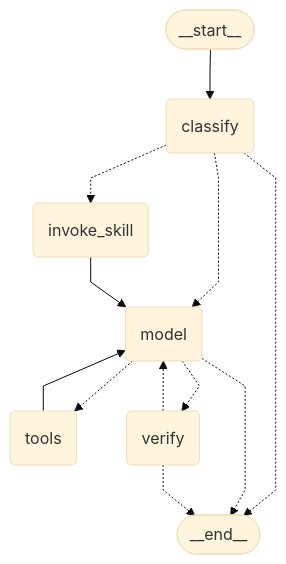
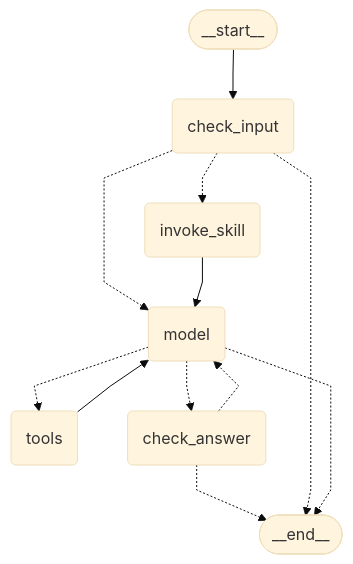
The diagram in docs/diagrams/agent-graph.md (hadifar/rag), drawn with Mermaid (base theme) before and after one commit. The commit also changed other lines of this file and 32 other files, not shown here.

````diff
--- a/docs/diagrams/agent-graph.md
+++ b/docs/diagrams/agent-graph.md
@@ -5,26 +5,26 @@
 ```mermaid
 ---
 config:
   flowchart:
     curve: linear
 ---
 graph TD;
 	__start__([<p>__start__</p>]):::first
-	classify(classify)
+	check_input(check_input)
 	invoke_skill(invoke_skill)
 	model(model)
 	tools(tools)
-	verify(verify)
+	check_answer(check_answer)
 	__end__([<p>__end__</p>]):::last
-	__start__ --> classify;
-	classify -.-> __end__;
-	classify -.-> invoke_skill;
-	classify -.-> model;
+	__start__ --> check_input;
+	check_answer -.-> __end__;
+	check_answer -.-> model;
+	check_input -.-> __end__;
+	check_input -.-> invoke_skill;
+	check_input -.-> model;
 	invoke_skill --> model;
 	model -.-> __end__;
+	model -.-> check_answer;
 	model -.-> tools;
-	model -.-> verify;
 	tools --> model;
-	verify -.-> __end__;
-	verify -.-> model;
 ```
````
